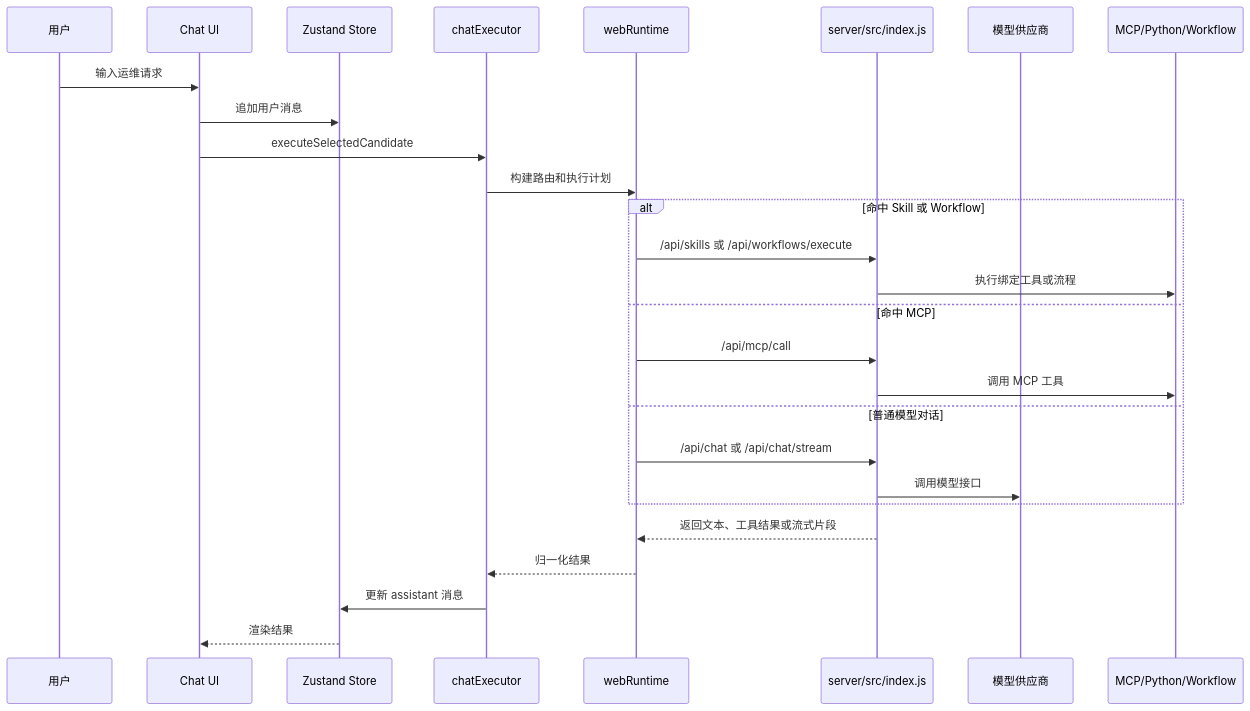
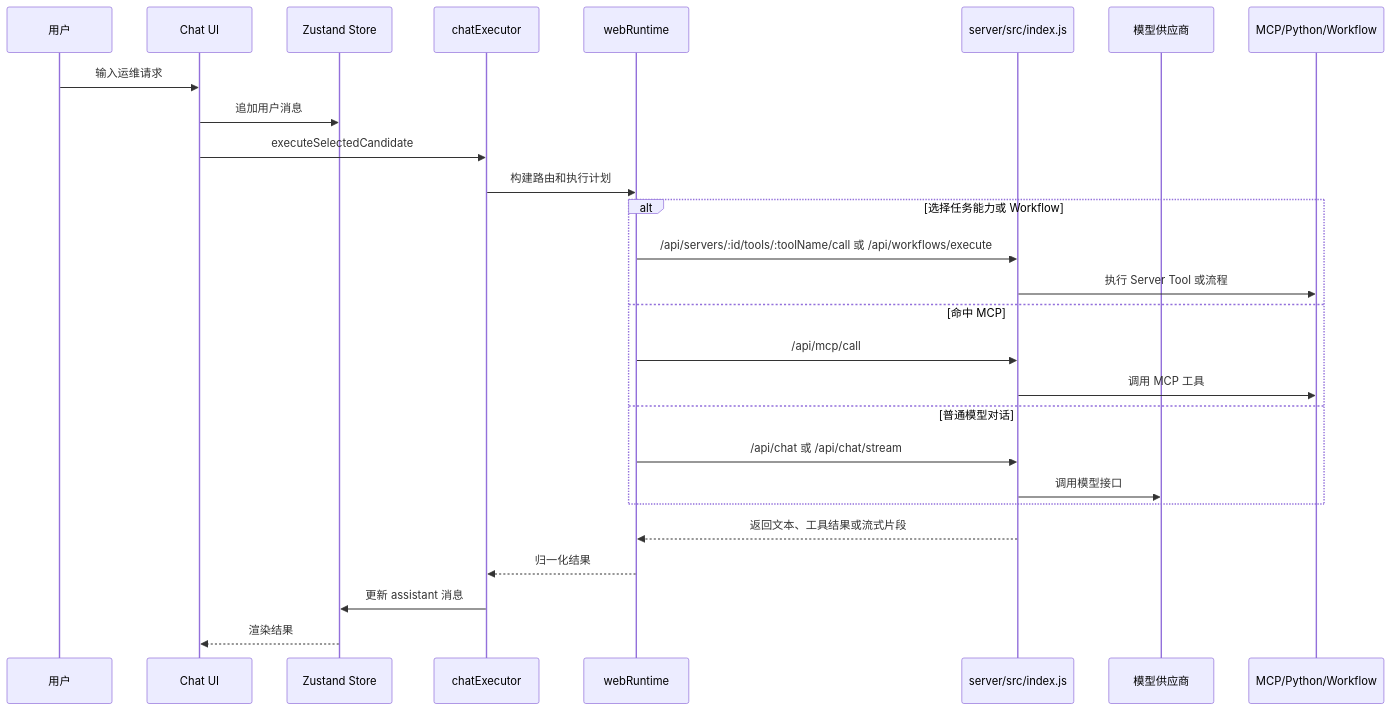
Before and after one commit to MeG-lab/OpsDog-web: the third of 7 diagrams in docs/PROJECT_STRUCTURE.md, drawn with Mermaid. The commit also changed other lines of this file and 28 other files, not shown here.

Commit message:
feat: add skill package registry workflow

````diff
--- a/docs/PROJECT_STRUCTURE.md
+++ b/docs/PROJECT_STRUCTURE.md
@@ -320,30 +324,30 @@
 ```mermaid
 sequenceDiagram
   participant U as 用户
   participant UI as Chat UI
   participant Store as Zustand Store
   participant Executor as chatExecutor
   participant Runtime as webRuntime
   participant API as server/src/index.js
   participant LLM as 模型供应商
   participant MCP as MCP/Python/Workflow
 
   U->>UI: 输入运维请求
   UI->>Store: 追加用户消息
   UI->>Executor: executeSelectedCandidate
   Executor->>Runtime: 构建路由和执行计划
-  alt 命中 Skill 或 Workflow
-    Runtime->>API: /api/skills 或 /api/workflows/execute
-    API->>MCP: 执行绑定工具或流程
+  alt 选择任务能力或 Workflow
+    Runtime->>API: /api/servers/:id/tools/:toolName/call 或 /api/workflows/execute
+    API->>MCP: 执行 Server Tool 或流程
   else 命中 MCP
     Runtime->>API: /api/mcp/call
     API->>MCP: 调用 MCP 工具
   else 普通模型对话
     Runtime->>API: /api/chat 或 /api/chat/stream
     API->>LLM: 调用模型接口
   end
   API-->>Runtime: 返回文本、工具结果或流式片段
   Runtime-->>Executor: 归一化结果
   Executor->>Store: 更新 assistant 消息
   Store-->>UI: 渲染结果
 ```
````
